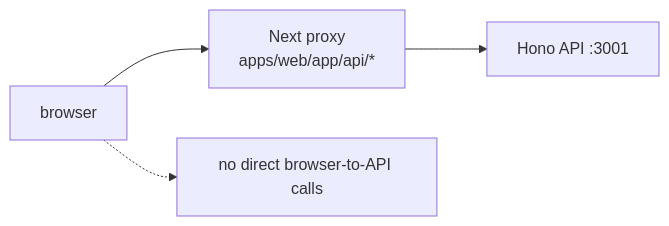
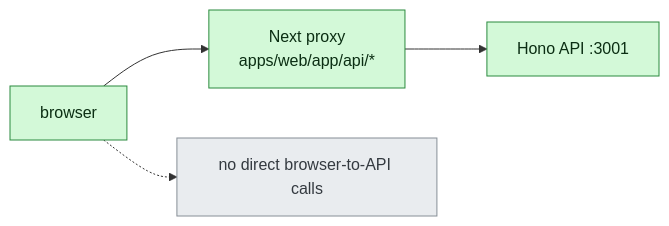
Before and after one commit to kaiser1x/hubris: diagram 13 of 17 in docs/ARCHITECTURE.md, drawn with Mermaid. The commit also changed other lines of this file and 1 other file, not shown here.

First line of the commit message:
docs: fix erDiagram reserved word and color-code architecture maps

````diff
--- a/docs/ARCHITECTURE.md
+++ b/docs/ARCHITECTURE.md
@@ -406,11 +455,16 @@
 ```mermaid
 flowchart LR
     Browser["browser"]
     Proxy["Next proxy<br/>apps/web/app/api/*"]
     Hono["Hono API :3001"]
     NoDirect["no direct browser-to-API calls"]
 
     Browser --> Proxy
     Proxy --> Hono
     Browser -.-> NoDirect
+
+    classDef live fill:#d3f9d8,stroke:#2b8a3e,color:#0b2e13
+    classDef note fill:#e9ecef,stroke:#868e96,color:#343a40
+    class Browser,Proxy,Hono live
+    class NoDirect note
 ```
````
